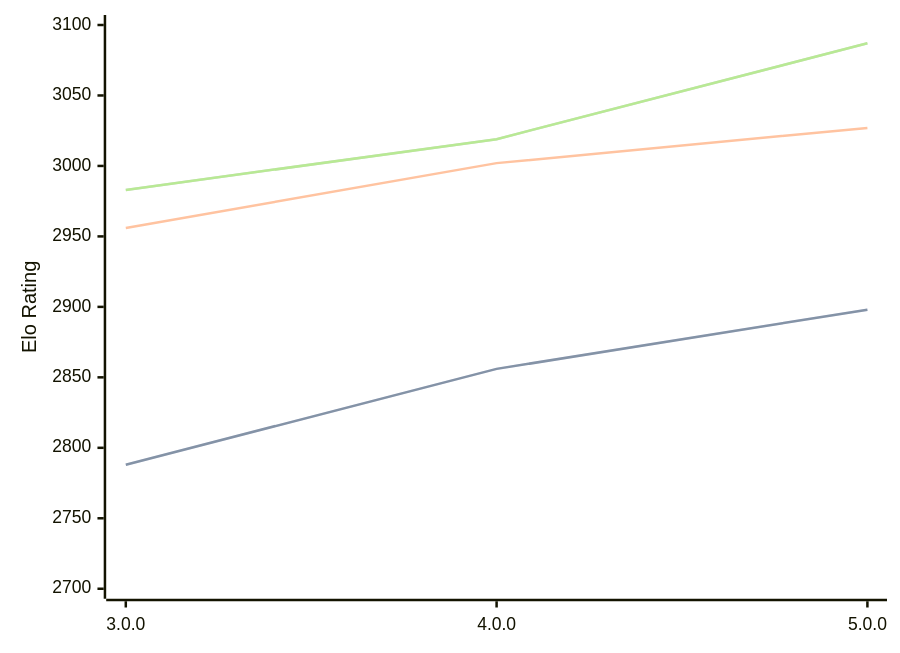
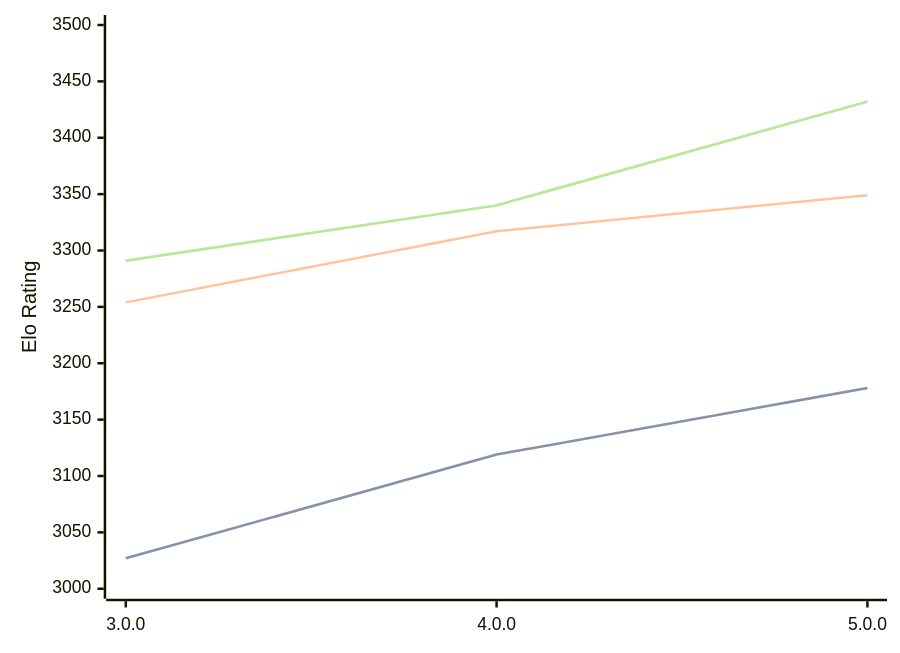
One commit to computer-chess-index/cci changed the diagram in engines/Minke.md. Above: the diagram before and after it, drawn with Mermaid. The commit also changed other lines of this file, not shown here.

Commit message:
Update CCI Ratings (ELO VLTC) - 2026-02-24

````diff
--- a/engines/Minke.md
+++ b/engines/Minke.md
@@ -32,11 +33,11 @@
 ```mermaid
 %%{init: {"theme":"base","themeVariables":{"seriesColors:['#a3a3a3','#222221','#faa371']}}}%%
 xychart-beta
   x-axis ["3.0.0", "4.0.0", "5.0.0"]
-  y-axis "Elo Rating" 2700 --> 3100
-  line "STC (8.0+0.08s)" [2788, 2856, 2898]
-  line "STC (8.0+0.08s)" [2788, 2856, 2898]
-  line "LTC (60.0+0.60s)" [2956, 3002, 3027]
-  line "VLTC (2m24s+1.12s)" [2983, 3019, 3087]
-  line "VLTC (2m24s+1.12s)" [2983, 3019, 3087]
+  y-axis "Elo Rating" 3000 --> 3500
+  line "STC (8.0+0.08s)" [3027, 3119, 3178]
+  line "STC (8.0+0.08s)" [3027, 3119, 3178]
+  line "LTC (60.0+0.60s)" [3254, 3317, 3349]
+  line "VLTC (2m24s+1.12s)" [3291, 3340, 3432]
+  line "VLTC (2m24s+1.12s)" [3291, 3340, 3432]
 ```
````
